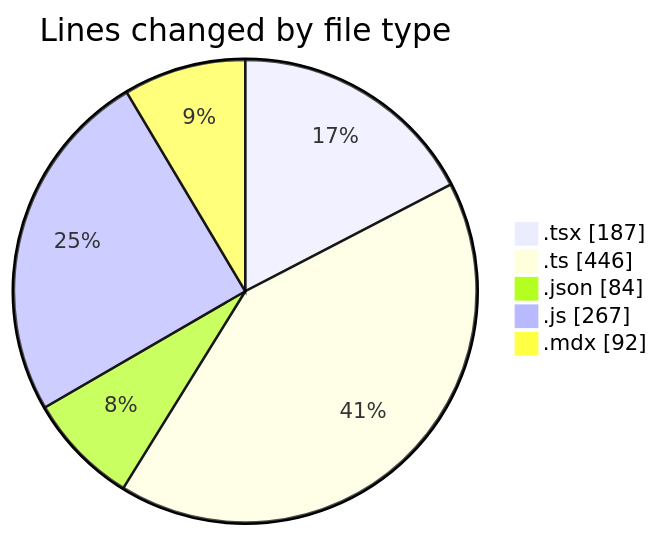
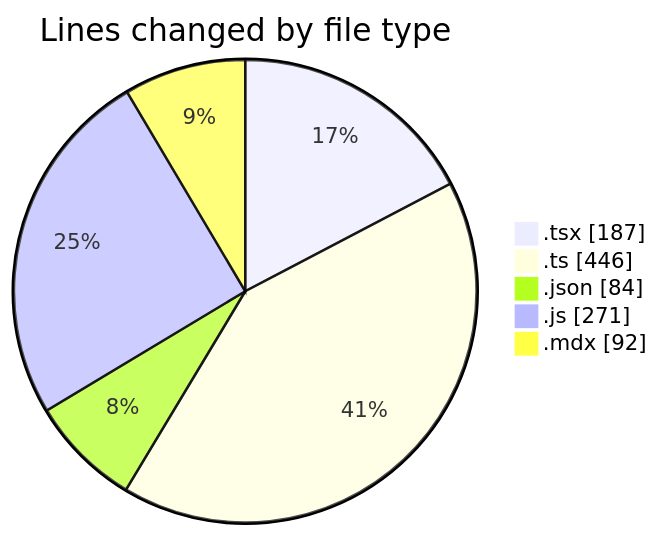
One commit to momahboobian/code-tracking changed the first of 2 diagrams in 2026-03-30/cda/README.md. Above: the diagram before and after it, drawn with Mermaid. The commit also changed other lines of this file and 1 other file, not shown here.

````diff
--- a/2026-03-30/cda/README.md
+++ b/2026-03-30/cda/README.md
@@ -24,9 +24,9 @@
 ```mermaid
 pie showData
 title Lines changed by file type
 ".tsx" : 187
 ".ts" : 446
 ".json" : 84
-".js" : 267
+".js" : 271
 ".mdx" : 92
 ```
````
